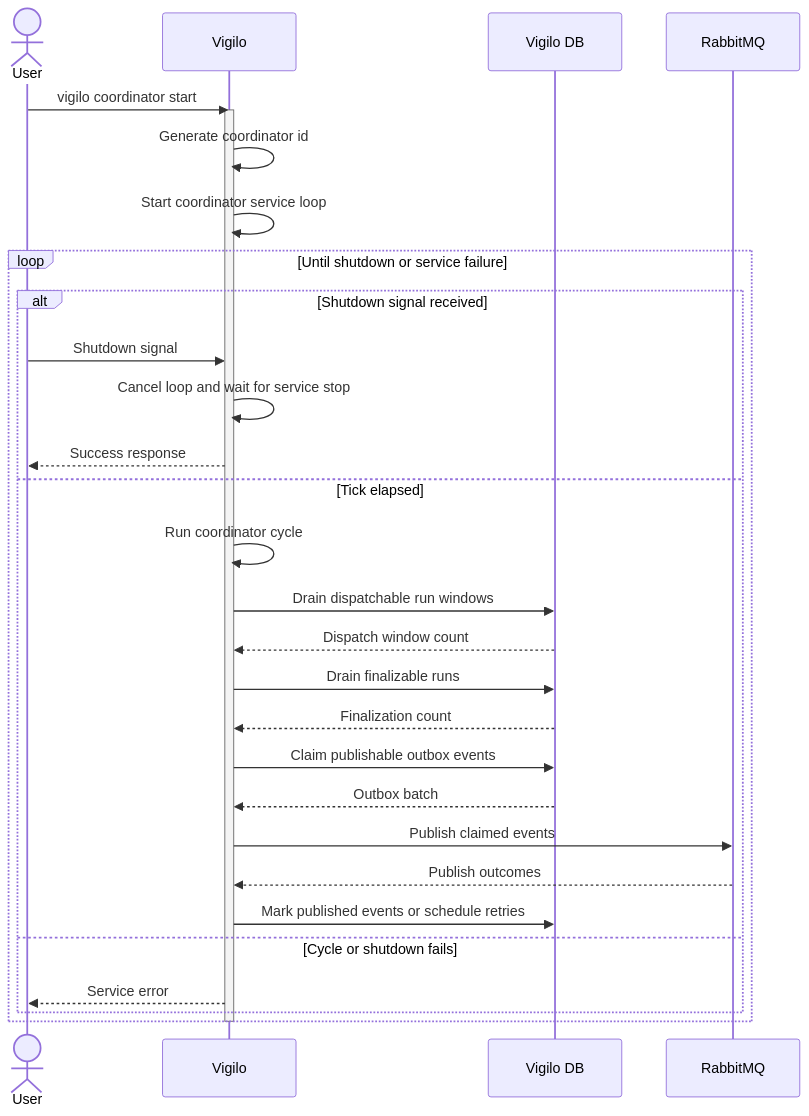
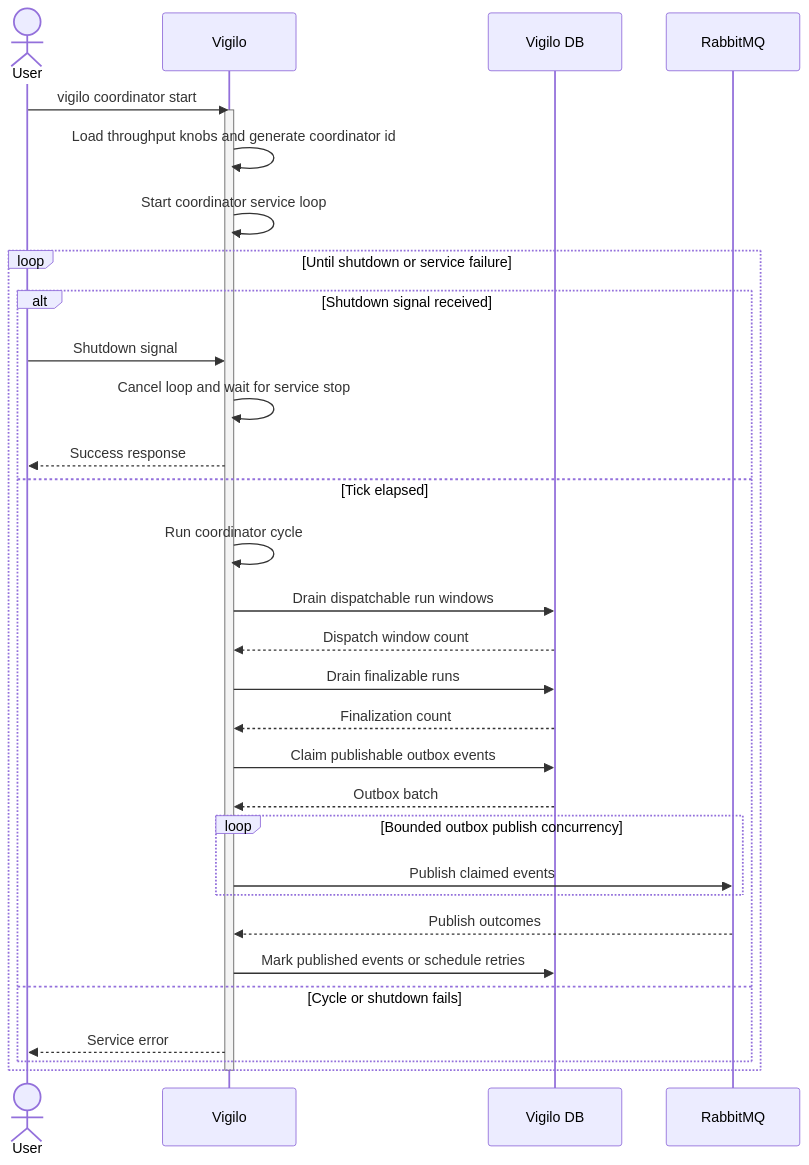
The diagram in web/docs/architecture/flows/coordinator/start/execution-flow.mmd (gregl83/agent-vigilo), drawn with Mermaid before and after one commit. The commit also changed 15 other files, not shown here.

```diff
--- a/web/docs/architecture/flows/coordinator/start/execution-flow.mmd
+++ b/web/docs/architecture/flows/coordinator/start/execution-flow.mmd
@@ -1,40 +1,42 @@
 ---
 config:
   flowchart:
     nodeSpacing: 150
     rankSpacing: 80
   themeVariables:
     edgeLabelBackground: 'transparent'
 ---
 sequenceDiagram
     actor User
     participant Vigilo
     participant DB as Vigilo DB
     participant Queue as RabbitMQ
 
     User->>Vigilo: vigilo coordinator start
     activate Vigilo
-    Vigilo->>Vigilo: Generate coordinator id
+    Vigilo->>Vigilo: Load throughput knobs and generate coordinator id
     Vigilo->>Vigilo: Start coordinator service loop
 
     loop Until shutdown or service failure
         alt Shutdown signal received
             User->>Vigilo: Shutdown signal
             Vigilo->>Vigilo: Cancel loop and wait for service stop
             Vigilo-->>User: Success response
         else Tick elapsed
             Vigilo->>Vigilo: Run coordinator cycle
             Vigilo->>DB: Drain dispatchable run windows
             DB-->>Vigilo: Dispatch window count
             Vigilo->>DB: Drain finalizable runs
             DB-->>Vigilo: Finalization count
             Vigilo->>DB: Claim publishable outbox events
             DB-->>Vigilo: Outbox batch
-            Vigilo->>Queue: Publish claimed events
+            loop Bounded outbox publish concurrency
+                Vigilo->>Queue: Publish claimed events
+            end
             Queue-->>Vigilo: Publish outcomes
             Vigilo->>DB: Mark published events or schedule retries
         else Cycle or shutdown fails
             Vigilo-->>User: Service error
         end
     end
     deactivate Vigilo
```
